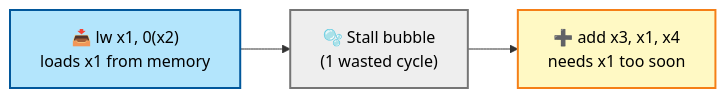
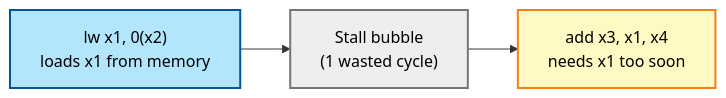
One commit to hjsanjana/riscv-uvm-pipeline changed the fourth of 10 diagrams in README.md. Above: the diagram before and after it, drawn with Mermaid. The commit also changed other lines of this file, not shown here.

Commit message:
Remove emoji from README, keep colors and diagrams

````diff
--- a/README.md
+++ b/README.md
@@ -144,12 +144,12 @@
 ```mermaid
 flowchart LR
-    L["📥 lw x1, 0(x2)<br/>loads x1 from memory"]:::load
-    B["🫧 Stall bubble<br/>(1 wasted cycle)"]:::bubble
-    A["➕ add x3, x1, x4<br/>needs x1 too soon"]:::instr
+    L["lw x1, 0(x2)<br/>loads x1 from memory"]:::load
+    B["Stall bubble<br/>(1 wasted cycle)"]:::bubble
+    A["add x3, x1, x4<br/>needs x1 too soon"]:::instr
 
     L --> B --> A
 
     classDef load fill:#b3e5fc,stroke:#01579b,color:#000,stroke-width:2px
     classDef instr fill:#fff9c4,stroke:#f57f17,color:#000,stroke-width:2px
     classDef bubble fill:#eeeeee,stroke:#757575,color:#000,stroke-width:2px
 ```
````
